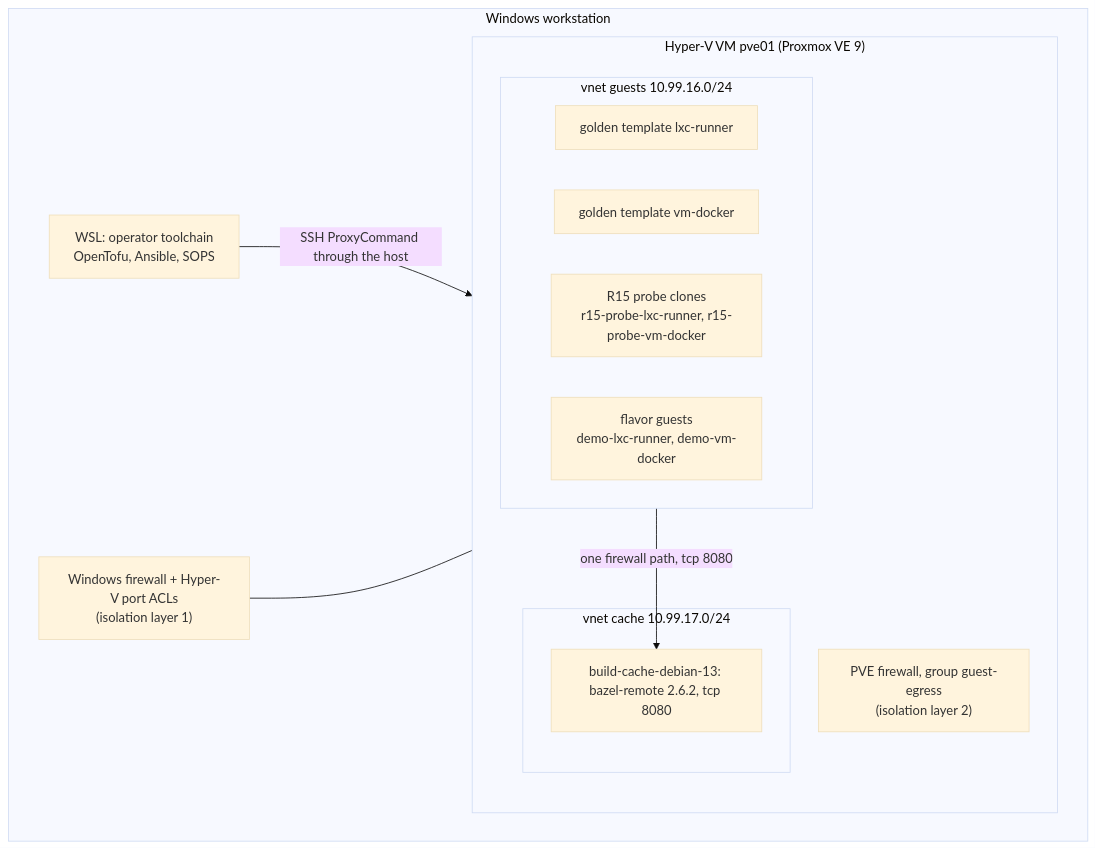
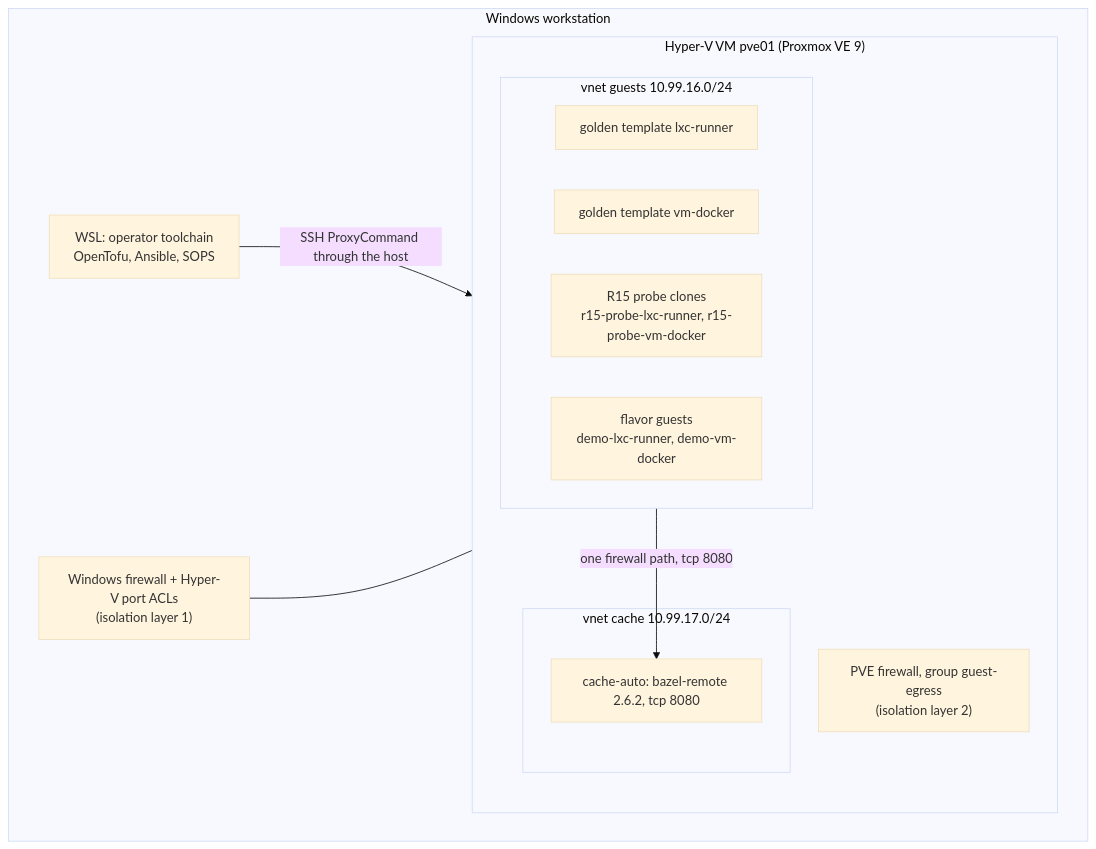
One commit to ugritchaichana/booth-homelab changed the diagram in README.md. Above: the diagram before and after it, drawn with Mermaid (base theme). The commit also changed other lines of this file and 11 other files, not shown here.

First line of the commit message:
feat: name the cache container cache-auto

````diff
--- a/README.md
+++ b/README.md
@@ -17,22 +17,22 @@
 ```mermaid
 graph TD
     subgraph Win ["Windows workstation"]
         WSL["WSL: operator toolchain<br>OpenTofu, Ansible, SOPS"]
         FW["Windows firewall + Hyper-V port ACLs<br>(isolation layer 1)"]
         subgraph VM ["Hyper-V VM pve01 (Proxmox VE 9)"]
             PFW["PVE firewall, group guest-egress<br>(isolation layer 2)"]
             subgraph G ["vnet guests 10.99.16.0/24"]
                 T1["golden template lxc-runner"]
                 T2["golden template vm-docker"]
                 P["R15 probe clones<br>r15-probe-lxc-runner, r15-probe-vm-docker"]
                 F["flavor guests<br>demo-lxc-runner, demo-vm-docker"]
             end
             subgraph C ["vnet cache 10.99.17.0/24"]
-                CACHE["build-cache-debian-13: bazel-remote 2.6.2, tcp 8080"]
+                CACHE["cache-auto: bazel-remote 2.6.2, tcp 8080"]
             end
         end
     end
     WSL -->|"SSH ProxyCommand through the host"| VM
     G -->|"one firewall path, tcp 8080"| CACHE
     FW --- VM
 ```
````
